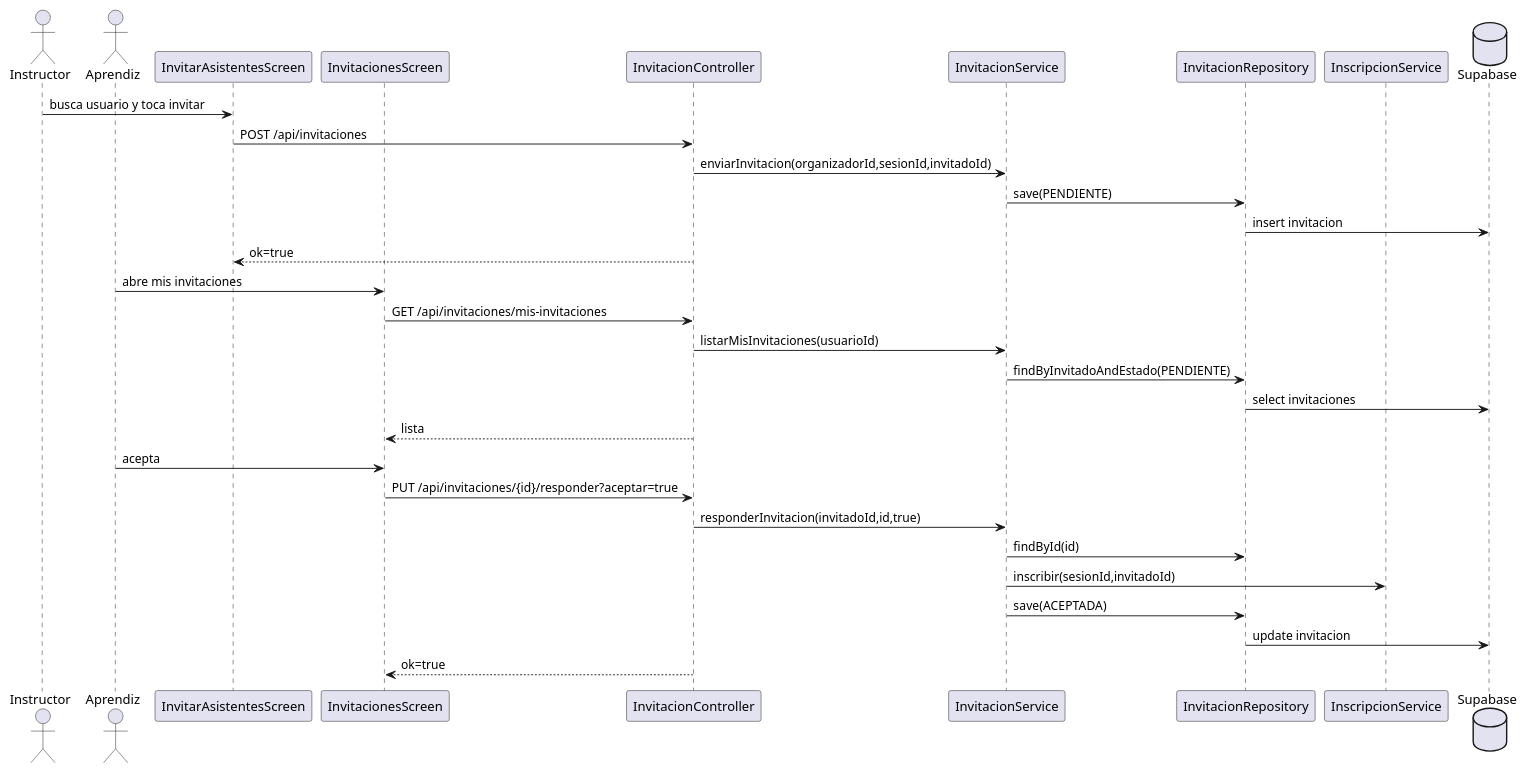
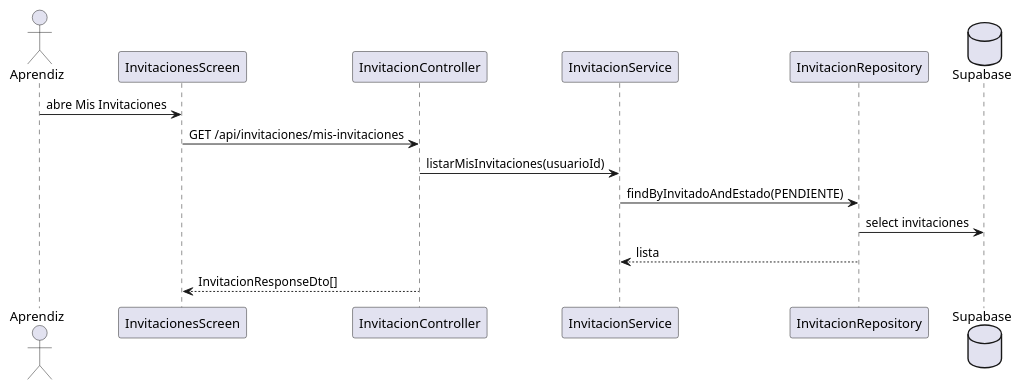
Before and after one commit to GioVxsquez/SkillSharing-IS2: diagram 18 of 19 in docs/analisis_release1_y_diagramas.md, drawn with PlantUML. The commit also changed other lines of this file and 3 other files, not shown here.

Commit message:
actualiza frontend y diagramas del release 1

````diff
--- a/docs/analisis_release1_y_diagramas.md
+++ b/docs/analisis_release1_y_diagramas.md
@@ -504,36 +732,18 @@
 ```plantuml
 @startuml
-actor Instructor
 actor Aprendiz
-participant "InvitarAsistentesScreen" as invitar
-participant "InvitacionesScreen" as inbox
-participant "InvitacionController" as controller
+participant "InvitacionesScreen" as app
+participant "InvitacionController" as ctrl
 participant "InvitacionService" as service
 participant "InvitacionRepository" as repo
-participant "InscripcionService" as insService
 database "Supabase" as db
 
-Instructor -> invitar : busca usuario y toca invitar
-invitar -> controller : POST /api/invitaciones
-controller -> service : enviarInvitacion(organizadorId,sesionId,invitadoId)
-service -> repo : save(PENDIENTE)
-repo -> db : insert invitacion
-controller --> invitar : ok=true
-
-Aprendiz -> inbox : abre mis invitaciones
-inbox -> controller : GET /api/invitaciones/mis-invitaciones
-controller -> service : listarMisInvitaciones(usuarioId)
+Aprendiz -> app : abre Mis Invitaciones
+app -> ctrl : GET /api/invitaciones/mis-invitaciones
+ctrl -> service : listarMisInvitaciones(usuarioId)
 service -> repo : findByInvitadoAndEstado(PENDIENTE)
 repo -> db : select invitaciones
-controller --> inbox : lista
-
-Aprendiz -> inbox : acepta
-inbox -> controller : PUT /api/invitaciones/{id}/responder?aceptar=true
-controller -> service : responderInvitacion(invitadoId,id,true)
-service -> repo : findById(id)
-service -> insService : inscribir(sesionId,invitadoId)
-service -> repo : save(ACEPTADA)
-repo -> db : update invitacion
-controller --> inbox : ok=true
+repo --> service : lista
+ctrl --> app : InvitacionResponseDto[]
 @enduml
 ```
````
